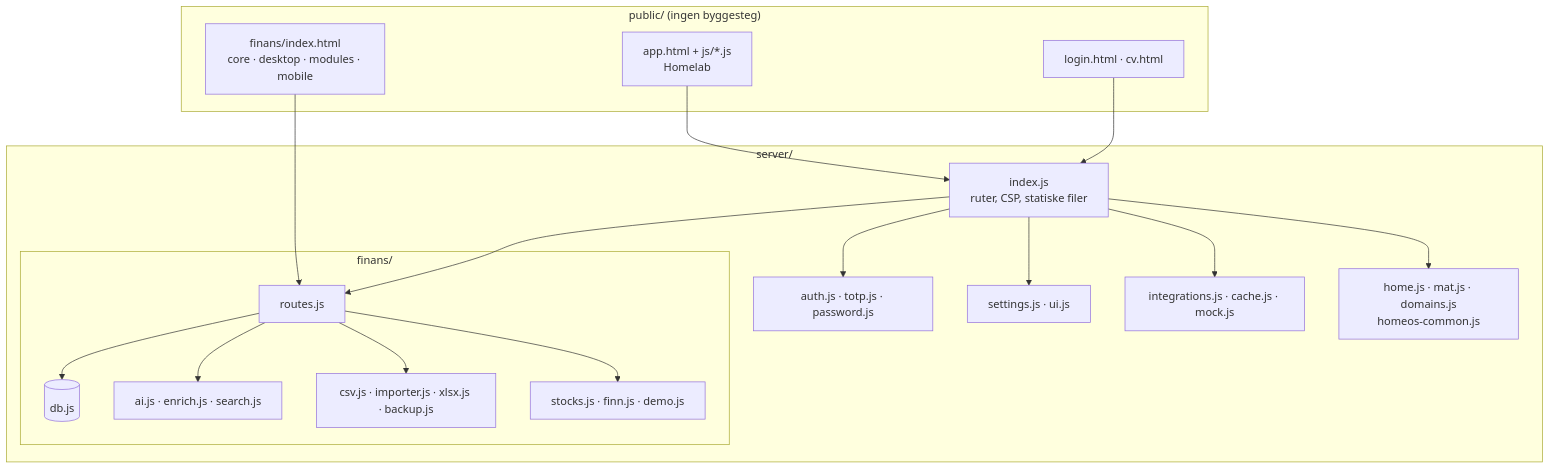
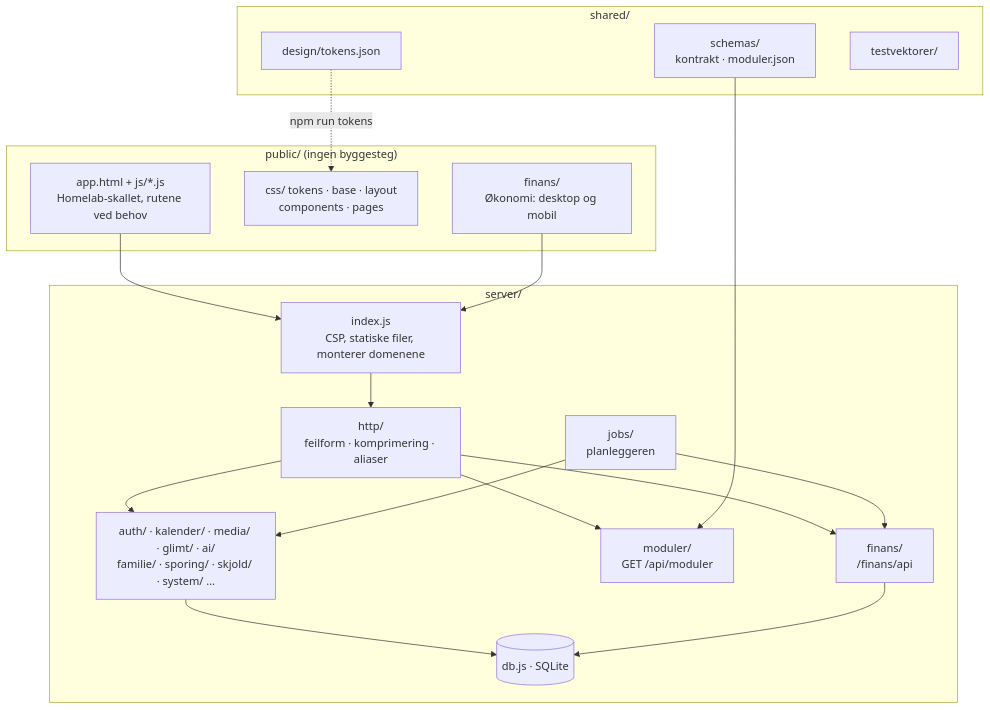
Before and after one commit to SebastianKristo/torskenes-verden: the diagram in docs/utvikling.md, drawn with Mermaid. The commit also changed other lines of this file, not shown here.

````diff
--- a/docs/utvikling.md
+++ b/docs/utvikling.md
@@ -7,26 +7,28 @@
 ```mermaid
 flowchart TB
+  subgraph shared["shared/"]
+    SCH[schemas/<br/>kontrakt · moduler.json]
+    TOK[design/tokens.json]
+    TV[testvektorer/]
+  end
   subgraph public["public/ (ingen byggesteg)"]
-    APP[app.html + js/*.js<br/>Homelab]
-    FH[finans/index.html<br/>core · desktop · modules · mobile]
-    LOG[login.html · cv.html]
+    APP[app.html + js/*.js<br/>Homelab-skallet, rutene ved behov]
+    CSS[css/ tokens · base · layout<br/>components · pages]
+    FH[finans/<br/>Økonomi: desktop og mobil]
   end
   subgraph server["server/"]
-    IDX[index.js<br/>ruter, CSP, statiske filer]
-    AUTH[auth.js · totp.js · password.js]
-    SET[settings.js · ui.js]
-    INT[integrations.js · cache.js · mock.js]
-    HOS[home.js · mat.js · domains.js<br/>homeos-common.js]
-    subgraph finans["finans/"]
-      R[routes.js]
-      DB[(db.js)]
-      AI[ai.js · enrich.js · search.js]
-      IO[csv.js · importer.js · xlsx.js · backup.js]
-      ST[stocks.js · finn.js · demo.js]
-    end
+    IDX[index.js<br/>CSP, statiske filer, monterer domenene]
+    HTTP[http/<br/>feilform · komprimering · aliaser]
+    JOBS[jobs/<br/>planleggeren]
+    DOM[auth/ · kalender/ · media/ · glimt/ · ai/<br/>familie/ · sporing/ · skjold/ · system/ …]
+    MOD[moduler/<br/>GET /api/moduler]
+    FIN[finans/<br/>/finans/api]
+    DB[(db.js · SQLite)]
   end
-  APP & LOG --> IDX
-  FH --> R
-  IDX --> AUTH & SET & INT & HOS & R
-  R --> DB & AI & IO & ST
+  APP & FH --> IDX
+  IDX --> HTTP --> DOM & MOD & FIN
+  DOM & FIN --> DB
+  JOBS --> DOM & FIN
+  SCH --> MOD
+  TOK -. npm run tokens .-> CSS
 ```
````
